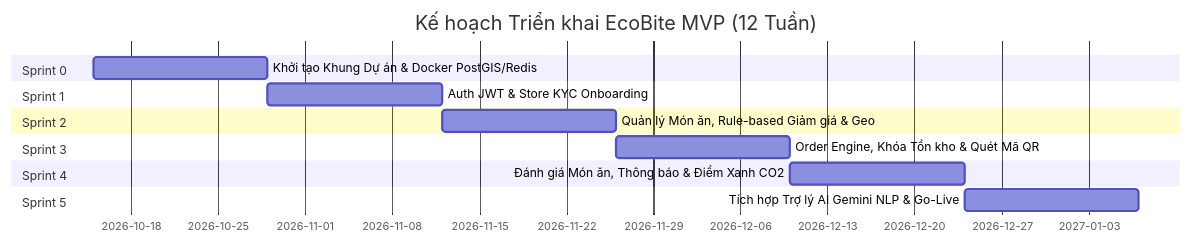
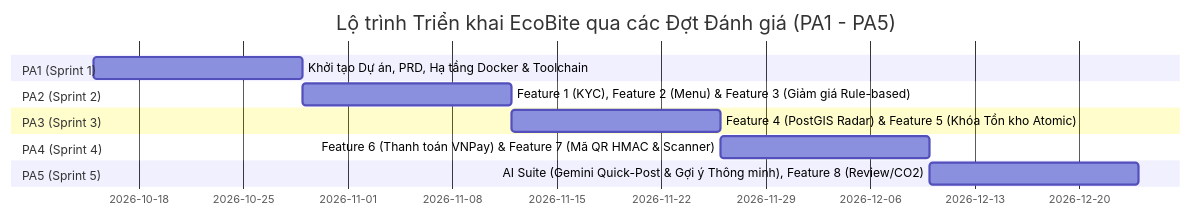
One commit to pqhuy1807/EcoBite changed the diagram in docs/05_Agile_Roadmap_and_Kanban.md. Above: the diagram before and after it, drawn with Mermaid. The commit also changed other lines of this file and 9 other files, not shown here.

````diff
--- a/docs/05_Agile_Roadmap_and_Kanban.md
+++ b/docs/05_Agile_Roadmap_and_Kanban.md
@@ -12,17 +78,15 @@
 ```mermaid
 gantt
-    title Kế hoạch Triển khai EcoBite MVP (12 Tuần)
+    title Lộ trình Triển khai EcoBite qua các Đợt Đánh giá (PA1 - PA5)
     dateFormat  YYYY-MM-DD
-    section Sprint 0
-    Khởi tạo Khung Dự án & Docker PostGIS/Redis :2026-10-15, 14d
-    section Sprint 1
-    Auth JWT & Store KYC Onboarding            :2026-10-29, 14d
-    section Sprint 2
-    Quản lý Món ăn, Rule-based Giảm giá & Geo   :2026-11-12, 14d
-    section Sprint 3
-    Order Engine, Khóa Tồn kho & Quét Mã QR     :2026-11-26, 14d
-    section Sprint 4
-    Đánh giá Món ăn, Thông báo & Điểm Xanh CO2 :2026-12-10, 14d
-    section Sprint 5
-    Tích hợp Trợ lý AI Gemini NLP & Go-Live    :2026-12-24, 14d
+    section PA1 (Sprint 1)
+    Khởi tạo Dự án, PRD, Hạ tầng Docker & Toolchain :2026-10-15, 14d
+    section PA2 (Sprint 2)
+    Feature 1 (KYC), Feature 2 (Menu) & Feature 3 (Giảm giá Rule-based) :2026-10-29, 14d
+    section PA3 (Sprint 3)
+    Feature 4 (PostGIS Radar) & Feature 5 (Khóa Tồn kho Atomic) :2026-11-12, 14d
+    section PA4 (Sprint 4)
+    Feature 6 (Thanh toán VNPay) & Feature 7 (Mã QR HMAC & Scanner) :2026-11-26, 14d
+    section PA5 (Sprint 5)
+    AI Suite (Gemini Quick-Post & Gợi ý Thông minh), Feature 8 (Review/CO2) :2026-12-10, 14d
 ```
````
